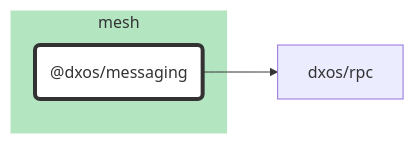
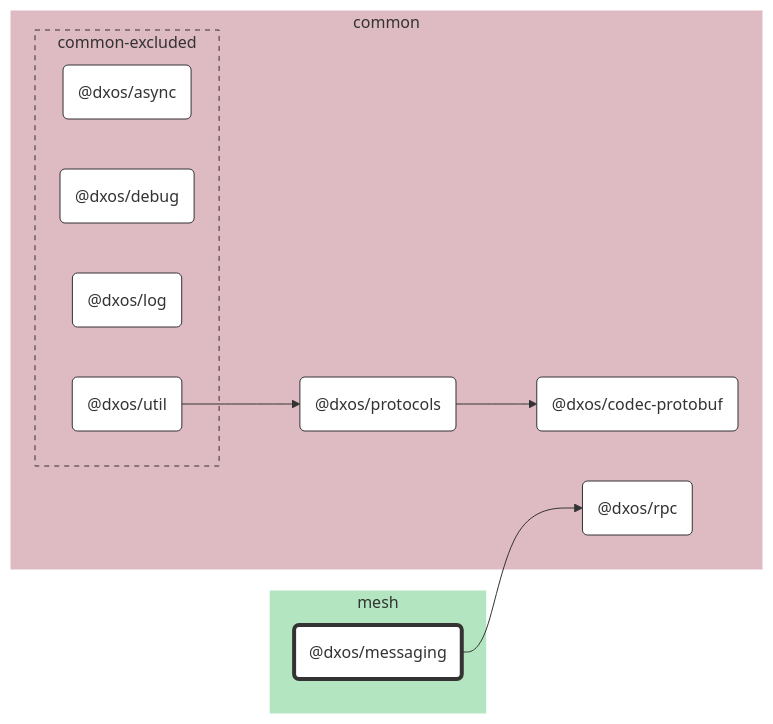
The diagram in packages/mesh/messaging/docs/README.md (dxos/dxos), drawn with Mermaid before and after one commit. The commit also changed 65 other files, not shown here.

````diff
--- a/packages/mesh/messaging/docs/README.md
+++ b/packages/mesh/messaging/docs/README.md
@@ -7,21 +7,45 @@
 ```mermaid
 %%{ init: {'flowchart':{'curve':'basis'}} }%%
 
 flowchart LR
 
 %% Classes
 classDef def fill:#fff,stroke:#333,stroke-width:1px
 classDef root fill:#fff,stroke:#333,stroke-width:4px
 
 %% Nodes
 
 subgraph mesh [mesh]
   style mesh fill:#b3e6c0,stroke:#fff
   dxos/messaging("@dxos/messaging"):::root
   click dxos/messaging "dxos/dxos/tree/main/packages/mesh/messaging/docs"
 end
 
+subgraph common [common]
+  style common fill:#debac2,stroke:#fff
+  dxos/codec-protobuf("@dxos/codec-protobuf"):::def
+  click dxos/codec-protobuf "dxos/dxos/tree/main/packages/common/codec-protobuf/docs"
+  dxos/protocols("@dxos/protocols"):::def
+  click dxos/protocols "dxos/dxos/tree/main/packages/common/protocols/docs"
+  dxos/rpc("@dxos/rpc"):::def
+  click dxos/rpc "dxos/dxos/tree/main/packages/common/rpc/docs"
+
+  subgraph common-excluded [common-excluded]
+    style common-excluded fill:#debac2,stroke:#333,stroke-dasharray:5 5
+    dxos/async("@dxos/async"):::def
+    click dxos/async "dxos/dxos/tree/main/packages/common/async/docs"
+    dxos/debug("@dxos/debug"):::def
+    click dxos/debug "dxos/dxos/tree/main/packages/common/debug/docs"
+    dxos/log("@dxos/log"):::def
+    click dxos/log "dxos/dxos/tree/main/packages/common/log/docs"
+    dxos/util("@dxos/util"):::def
+    click dxos/util "dxos/dxos/tree/main/packages/common/util/docs"
+  end
+end
+
 %% Links
 linkStyle default stroke:#333,stroke-width:1px
+dxos/protocols --> dxos/codec-protobuf
 dxos/messaging --> dxos/rpc
+dxos/util --> dxos/protocols
 ```
````
